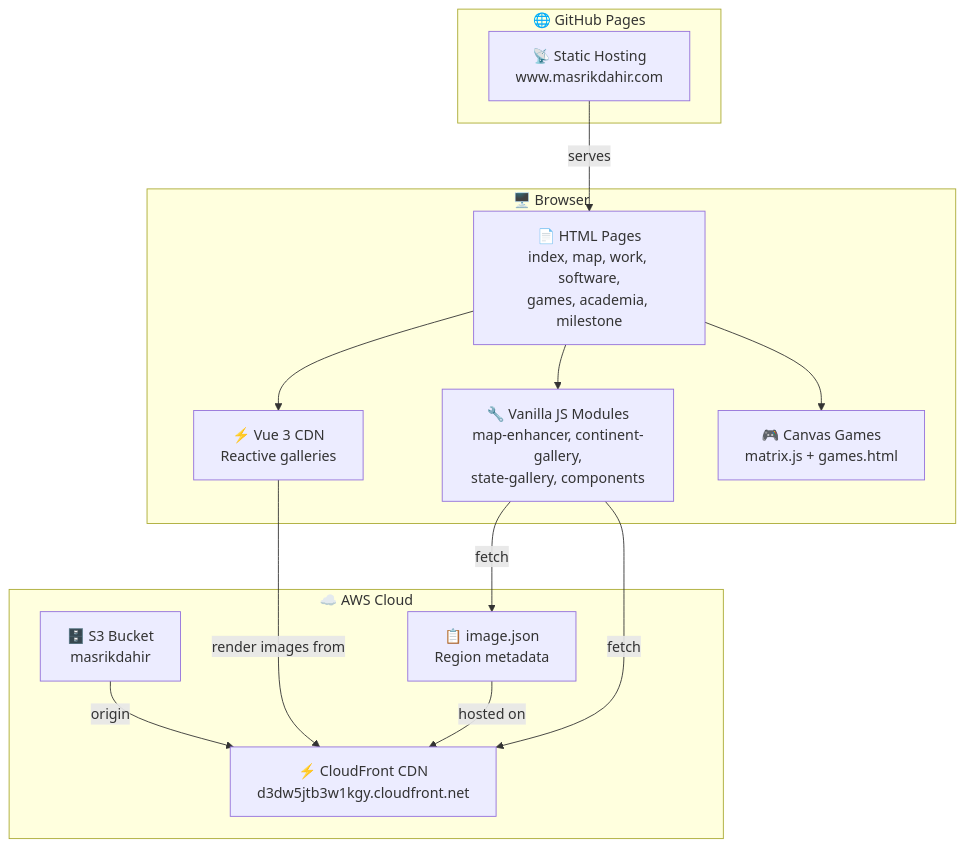
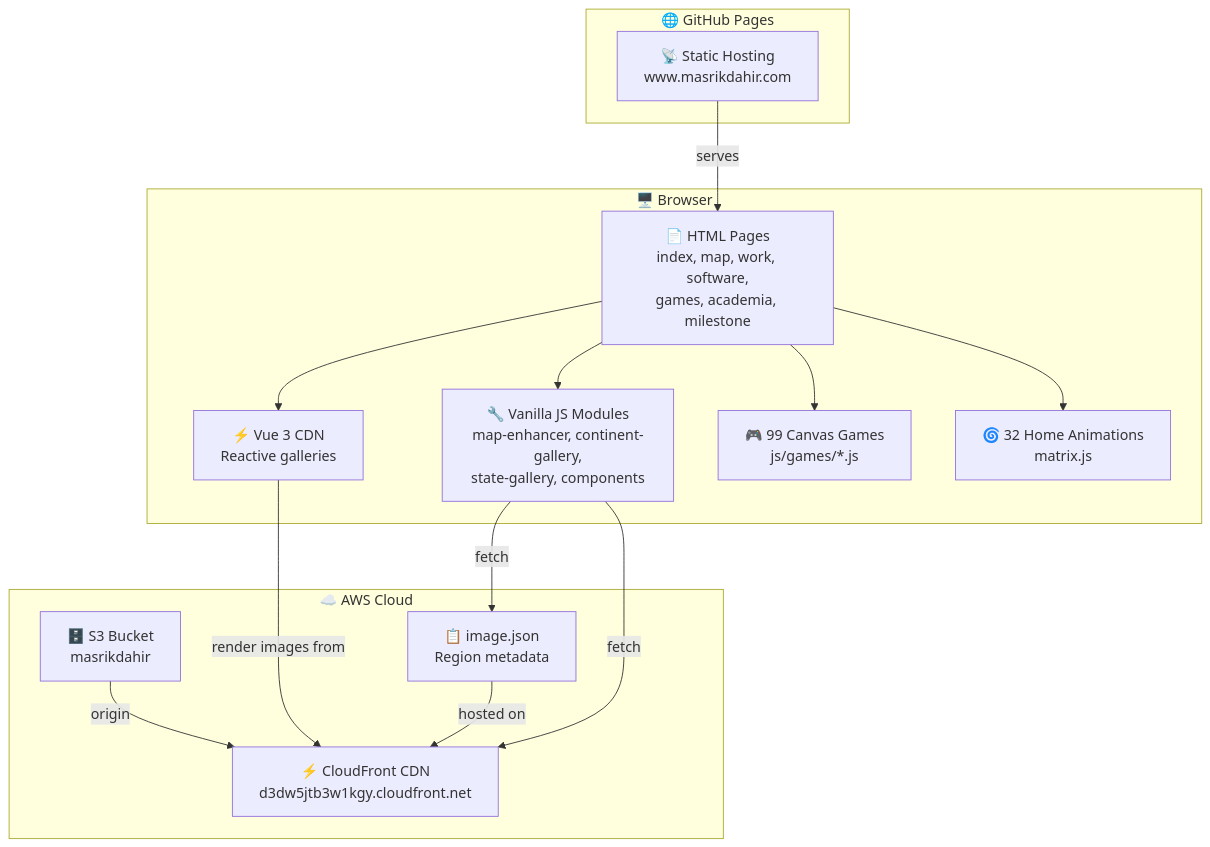
The first of 4 diagrams in README.md (Masrik-Dahir/Masrik-Dahir.github.io), drawn with Mermaid before and after one commit. The commit also changed other lines of this file and 112 other files, not shown here.

````diff
--- a/README.md
+++ b/README.md
@@ -83,29 +80,31 @@
 ```mermaid
 graph TB
     subgraph Browser["🖥️ Browser"]
         Pages["📄 HTML Pages<br/>index, map, work, software,<br/>games, academia, milestone"]
         Vue["⚡ Vue 3 CDN<br/>Reactive galleries"]
         JS["🔧 Vanilla JS Modules<br/>map-enhancer, continent-gallery,<br/>state-gallery, components"]
-        Canvas["🎮 Canvas Games<br/>matrix.js + games.html"]
+        Canvas["🎮 99 Canvas Games<br/>js/games/*.js"]
+        Matrix["🌀 32 Home Animations<br/>matrix.js"]
     end
 
     subgraph GitHub["🌐 GitHub Pages"]
         Static["📡 Static Hosting<br/>www.masrikdahir.com"]
     end
 
     subgraph AWS["☁️ AWS Cloud"]
         S3["🗄️ S3 Bucket<br/>masrikdahir"]
         CF["⚡ CloudFront CDN<br/>d3dw5jtb3w1kgy.cloudfront.net"]
         ImageJSON["📋 image.json<br/>Region metadata"]
     end
 
     Pages --> Vue
     Pages --> JS
     Pages --> Canvas
+    Pages --> Matrix
     Static --> |serves| Pages
     JS --> |fetch| ImageJSON
     JS --> |fetch| CF
     Vue --> |render images from| CF
     S3 --> |origin| CF
     ImageJSON --> |hosted on| CF
 ```
````
